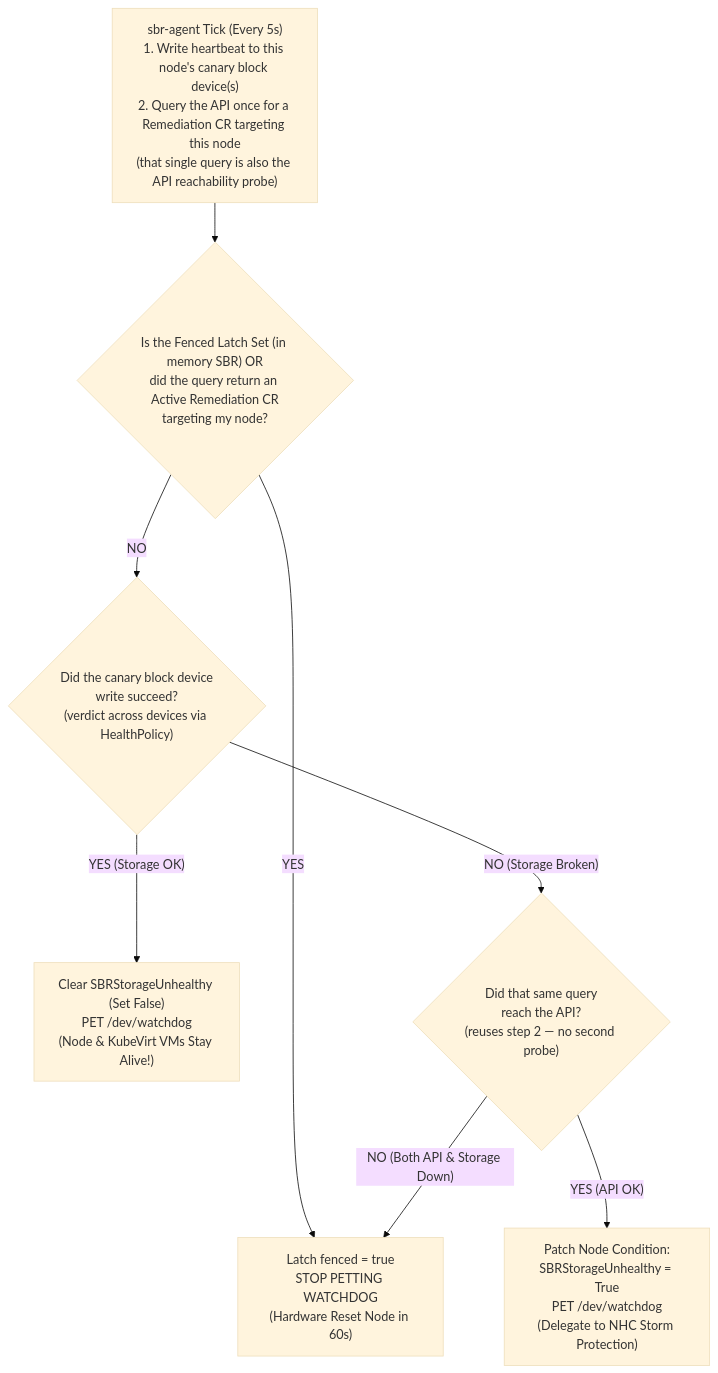
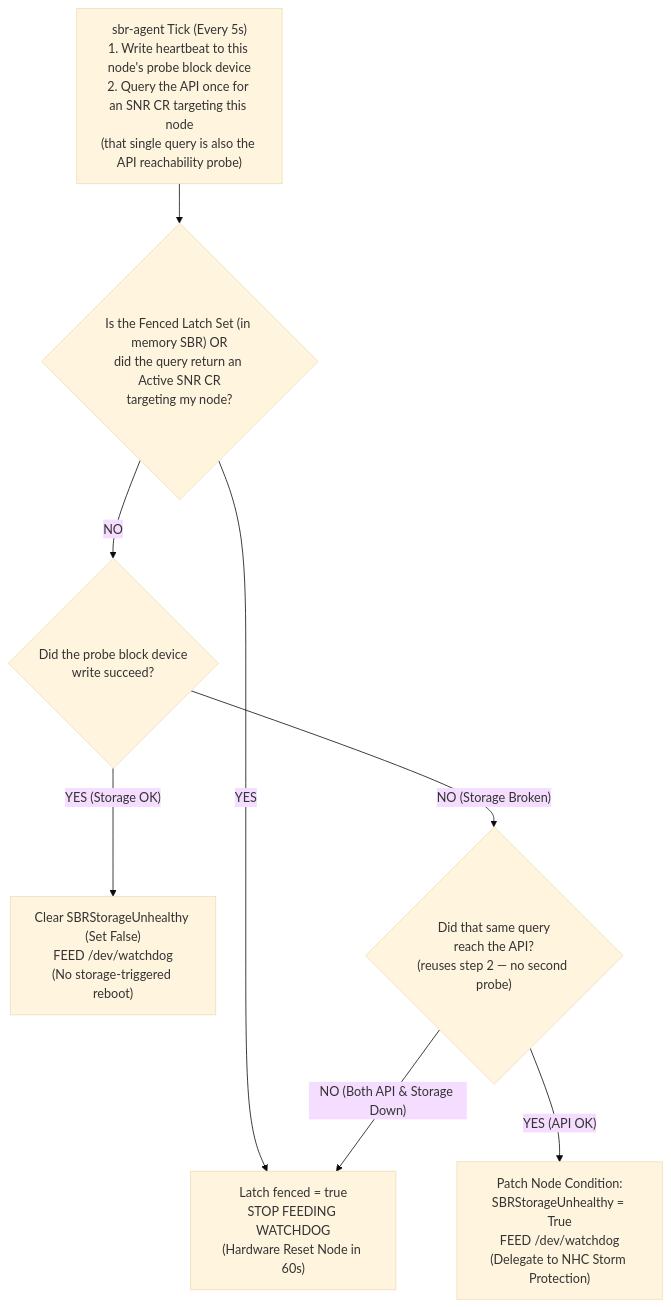
The fourth of 6 diagrams in docs/design/storage-arbitrated-remediation.md (mpryc/storage-based-remediation), drawn with Mermaid (base theme) before and after one commit. The commit also changed other lines of this file, not shown here.

Commit message:
update sbr storage arbitrated remediation design doc

````diff
--- a/docs/design/storage-arbitrated-remediation.md
+++ b/docs/design/storage-arbitrated-remediation.md
@@ -249,10 +231,10 @@
 ```mermaid
 flowchart TD
-  A["sbr-agent Tick (Every 5s)<br/>1. Write heartbeat to this node's canary block device(s)<br/>2. Query the API once for a Remediation CR targeting this node<br/>(that single query is also the API reachability probe)"] --> B{"Is the Fenced Latch Set (in memory SBR) OR<br/>did the query return an Active Remediation CR<br/>targeting my node?"}
-  B -- "YES" --> C["Latch fenced = true<br/>STOP PETTING WATCHDOG<br/>(Hardware Reset Node in 60s)"]
-  B -- "NO" --> D{"Did the canary block device<br/>write succeed?<br/>(verdict across devices via HealthPolicy)"}
-  D -- "YES (Storage OK)" --> E["Clear SBRStorageUnhealthy (Set False)<br/>PET /dev/watchdog<br/>(Node & KubeVirt VMs Stay Alive!)"]
+  A["sbr-agent Tick (Every 5s)<br/>1. Write heartbeat to this node's probe block device<br/>2. Query the API once for an SNR CR targeting this node<br/>(that single query is also the API reachability probe)"] --> B{"Is the Fenced Latch Set (in memory SBR) OR<br/>did the query return an Active SNR CR<br/>targeting my node?"}
+  B -- "YES" --> C["Latch fenced = true<br/>STOP FEEDING WATCHDOG<br/>(Hardware Reset Node in 60s)"]
+  B -- "NO" --> D{"Did the probe block device<br/>write succeed?"}
+  D -- "YES (Storage OK)" --> E["Clear SBRStorageUnhealthy (Set False)<br/>FEED /dev/watchdog<br/>(No storage-triggered reboot)"]
   D -- "NO (Storage Broken)" --> F{"Did that same query<br/>reach the API?<br/>(reuses step 2 — no second probe)"}
-  F -- "YES (API OK)" --> G["Patch Node Condition:<br/>SBRStorageUnhealthy = True<br/>PET /dev/watchdog<br/>(Delegate to NHC Storm Protection)"]
+  F -- "YES (API OK)" --> G["Patch Node Condition:<br/>SBRStorageUnhealthy = True<br/>FEED /dev/watchdog<br/>(Delegate to NHC Storm Protection)"]
   F -- "NO (Both API & Storage Down)" --> C
 ```
````
